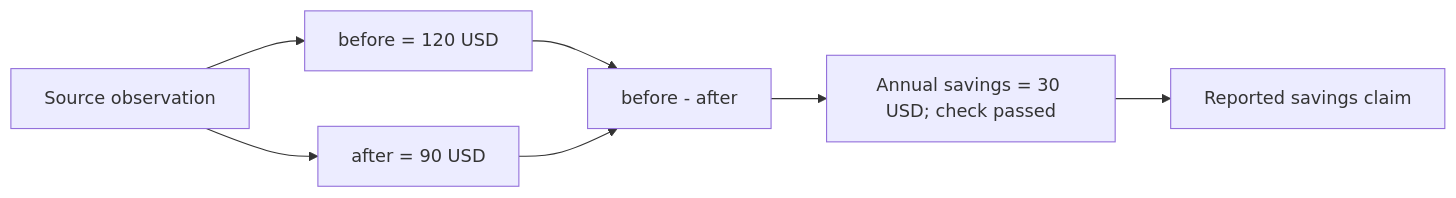
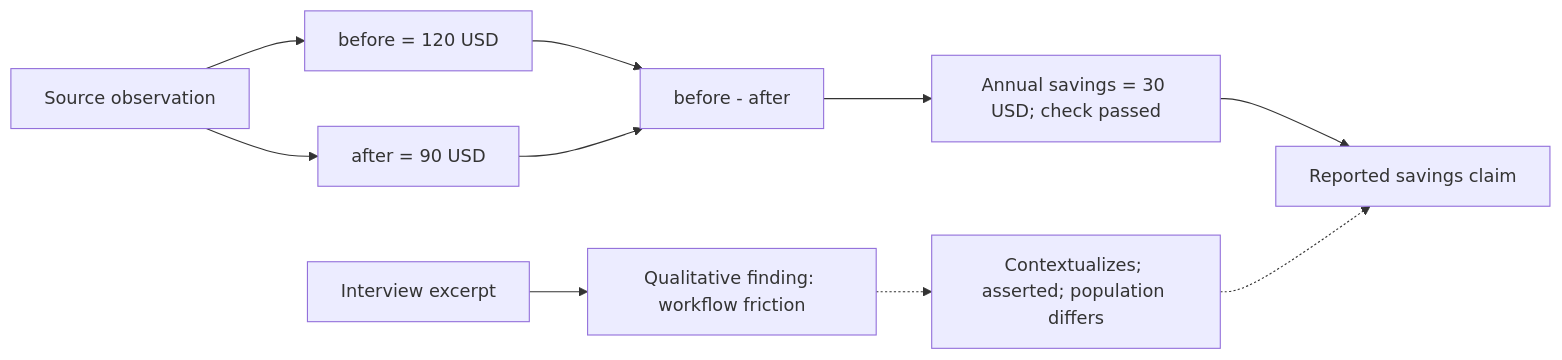
Before and after one commit to tyroneross/research-plugin: the diagram in README.md, drawn with Mermaid. The commit also changed other lines of this file and 5 other files, not shown here.

````diff
--- a/README.md
+++ b/README.md
@@ -240,9 +244,12 @@
 ```mermaid
 flowchart LR
   source["Source observation"] --> before["before = 120 USD"]
   source --> after["after = 90 USD"]
   before --> calculation["before - after"]
   after --> calculation
   calculation --> result["Annual savings = 30 USD; check passed"]
   result --> claim["Reported savings claim"]
+  interview["Interview excerpt"] --> theme["Qualitative finding: workflow friction"]
+  theme -.-> context["Contextualizes; asserted; population differs"]
+  context -.-> claim
 ```
````
